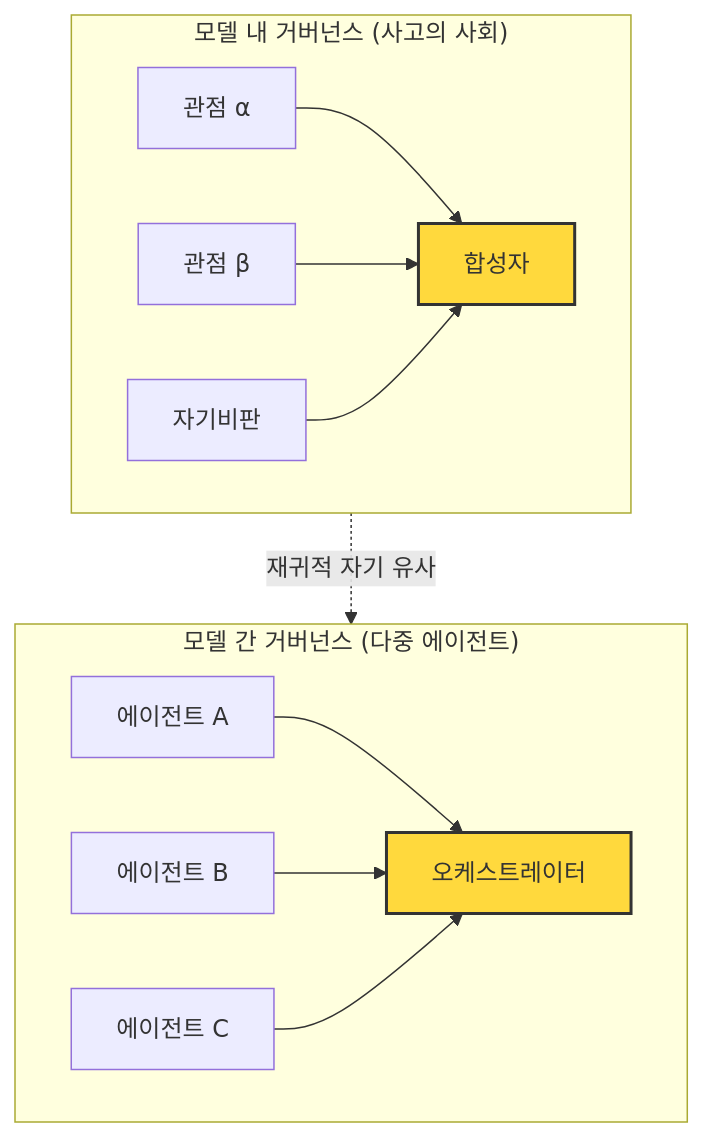
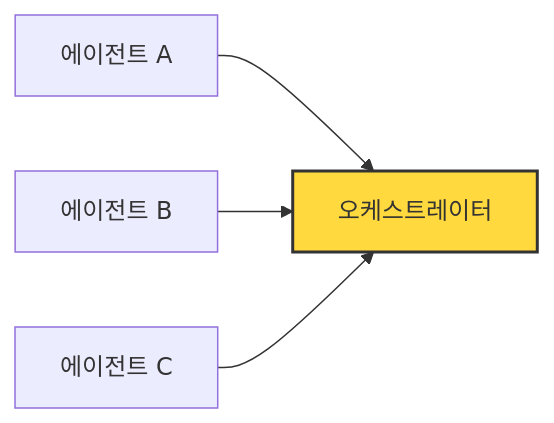
The first of 2 diagrams in _posts/2026-04-25-society-of-thought.md (pheeree/pheeree.github.io), drawn with Mermaid before and after one commit. The commit also changed other lines of this file and 10 other files, not shown here.

````diff
--- a/_posts/2026-04-25-society-of-thought.md
+++ b/_posts/2026-04-25-society-of-thought.md
@@ -28,21 +30,8 @@
 ```mermaid
-flowchart TB
-  subgraph External["모델 간 거버넌스 (다중 에이전트)"]
-    direction LR
-    A1[에이전트 A] --> Orch[오케스트레이터]
-    A2[에이전트 B] --> Orch
-    A3[에이전트 C] --> Orch
-  end
-
-  subgraph Internal["모델 내 거버넌스 (사고의 사회)"]
-    direction LR
-    V1[관점 α] --> Syn[합성자]
-    V2[관점 β] --> Syn
-    V3[자기비판] --> Syn
-  end
-
-  Internal -.재귀적 자기 유사.-> External
-
+flowchart LR
+  A1["에이전트 A"] --> Orch["오케스트레이터"]
+  A2["에이전트 B"] --> Orch
+  A3["에이전트 C"] --> Orch
   classDef orch fill:#ffd93d,stroke:#333,stroke-width:2px
-  class Orch,Syn orch
+  class Orch orch
 ```
````
